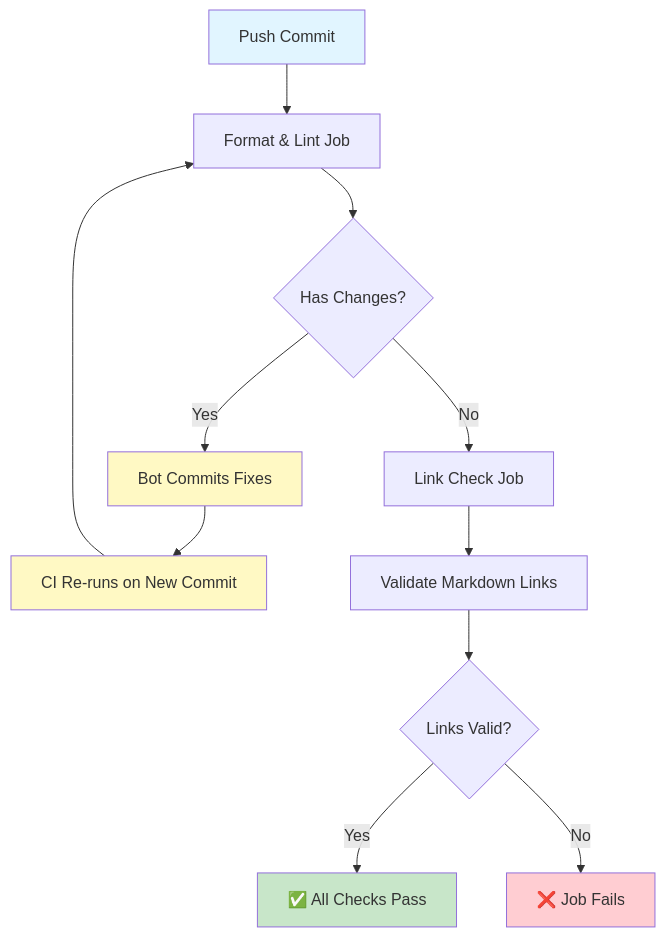
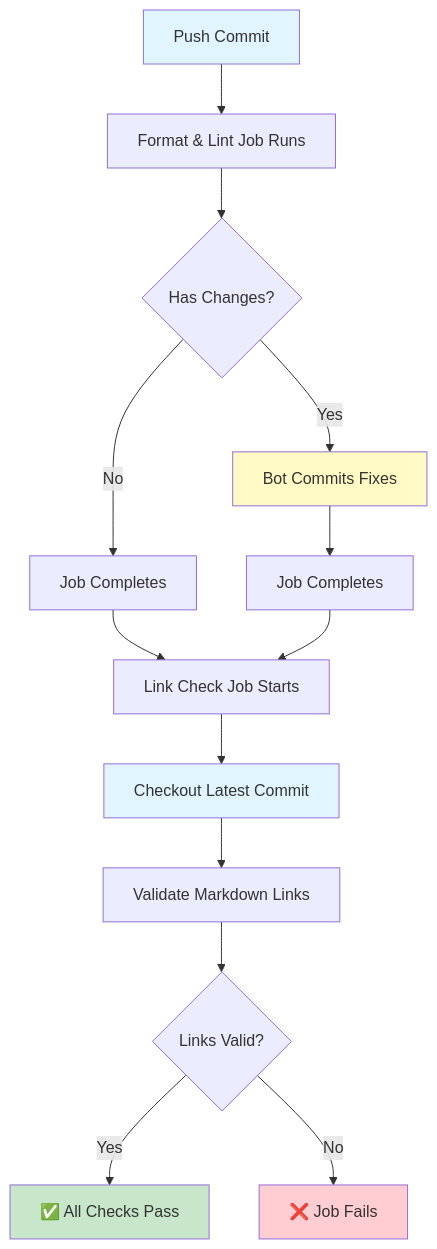
Before and after one commit to borealBytes/startup-blueprint: the first of 6 diagrams in .github/CI_CD_GUIDE.md, drawn with Mermaid. The commit also changed other lines of this file, not shown here.

First line of the commit message:
fix(docs): Correct workflow diagram - bot commits don't trigger CI re-run

````diff
--- a/.github/CI_CD_GUIDE.md
+++ b/.github/CI_CD_GUIDE.md
@@ -31,19 +31,21 @@
 ```mermaid
 flowchart TD
-    A[Push Commit] --> B[Format & Lint Job]
+    A[Push Commit] --> B[Format & Lint Job Runs]
     B --> C{Has Changes?}
     C -->|Yes| D[Bot Commits Fixes]
-    C -->|No| E[Link Check Job]
-    D --> F[CI Re-runs on New Commit]
-    F --> B
-    E --> G[Validate Markdown Links]
-    G --> H{Links Valid?}
-    H -->|Yes| I[✅ All Checks Pass]
-    H -->|No| J[❌ Job Fails]
-
+    C -->|No| E[Job Completes]
+    D --> F[Job Completes]
+    E --> G[Link Check Job Starts]
+    F --> G
+    G --> H[Checkout Latest Commit]
+    H --> I[Validate Markdown Links]
+    I --> J{Links Valid?}
+    J -->|Yes| K[✅ All Checks Pass]
+    J -->|No| L[❌ Job Fails]
+    
     style A fill:#e1f5ff
-    style I fill:#c8e6c9
-    style J fill:#ffcdd2
+    style K fill:#c8e6c9
+    style L fill:#ffcdd2
     style D fill:#fff9c4
-    style F fill:#fff9c4
+    style H fill:#e1f5ff
 ```
````
